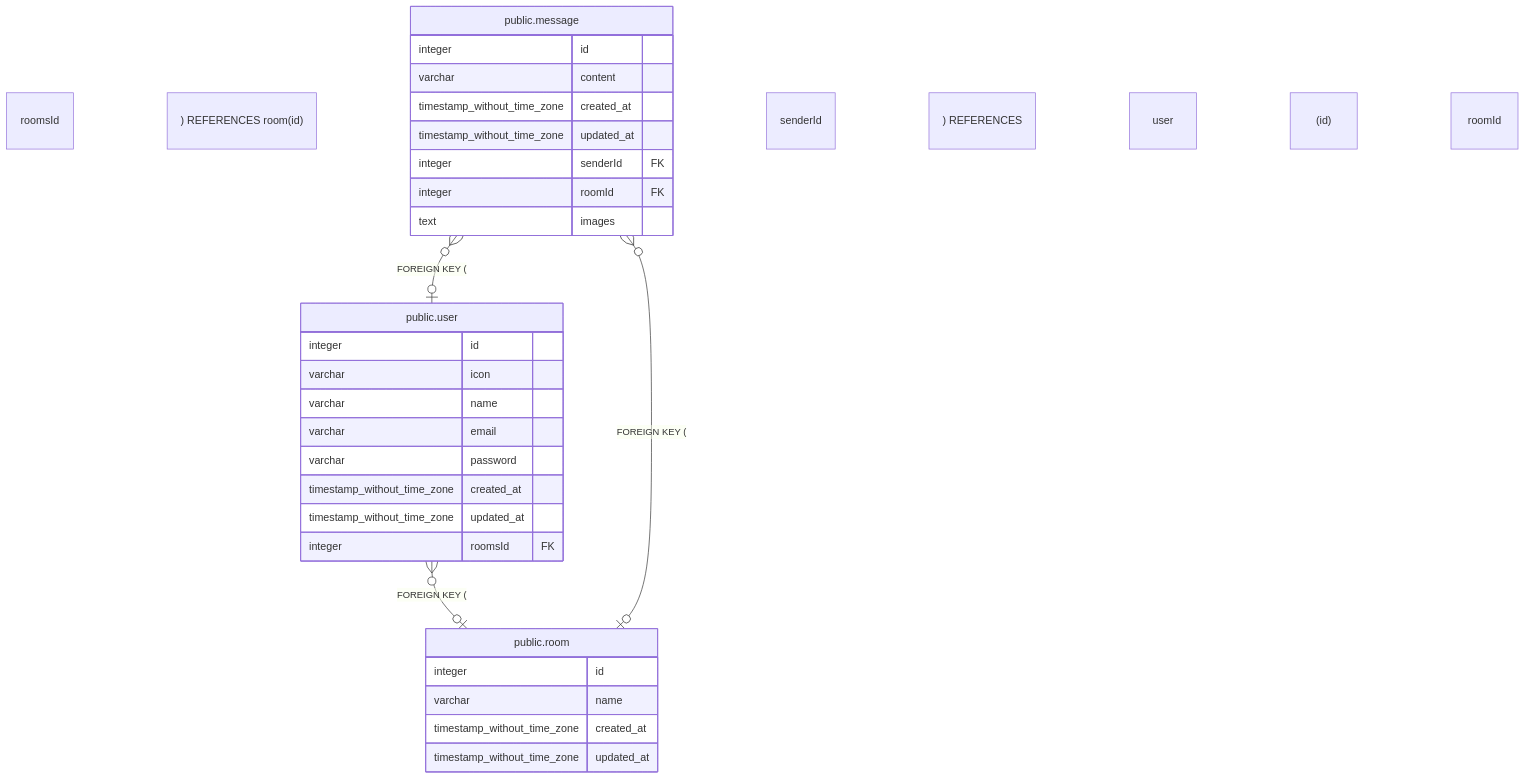
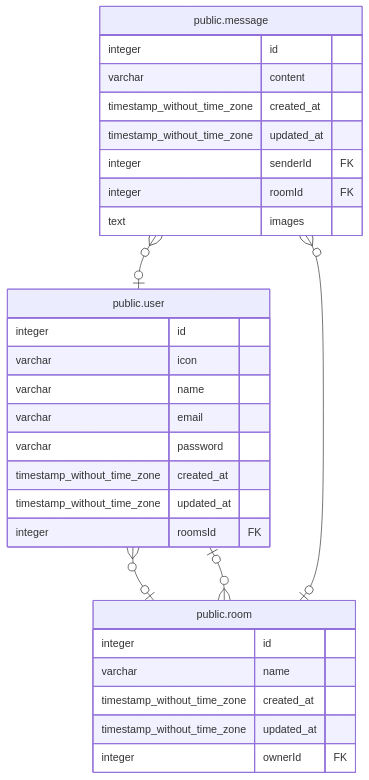
One commit to yumekiti-archive/chat changed the diagram in docs/dbschema/README.md. Above: the diagram before and after it, drawn with Mermaid. The commit also changed other lines of this file and 13 other files, not shown here.

````diff
--- a/docs/dbschema/README.md
+++ b/docs/dbschema/README.md
@@ -13,33 +13,35 @@
 ```mermaid
 erDiagram
 
-"public.user" }o--o| "public.room" : "FOREIGN KEY ("roomsId") REFERENCES room(id)"
-"public.message" }o--o| "public.user" : "FOREIGN KEY ("senderId") REFERENCES "user"(id)"
-"public.message" }o--o| "public.room" : "FOREIGN KEY ("roomId") REFERENCES room(id)"
+"public.user" }o--o| "public.room" : ""
+"public.message" }o--o| "public.user" : ""
+"public.message" }o--o| "public.room" : ""
+"public.room" }o--o| "public.user" : ""
 
 "public.user" {
   integer id
   varchar icon
   varchar name
   varchar email
   varchar password
   timestamp_without_time_zone created_at
   timestamp_without_time_zone updated_at
   integer roomsId FK
 }
 "public.message" {
   integer id
   varchar content
   timestamp_without_time_zone created_at
   timestamp_without_time_zone updated_at
   integer senderId FK
   integer roomId FK
   text images
 }
 "public.room" {
   integer id
   varchar name
   timestamp_without_time_zone created_at
   timestamp_without_time_zone updated_at
+  integer ownerId FK
 }
 ```
````
